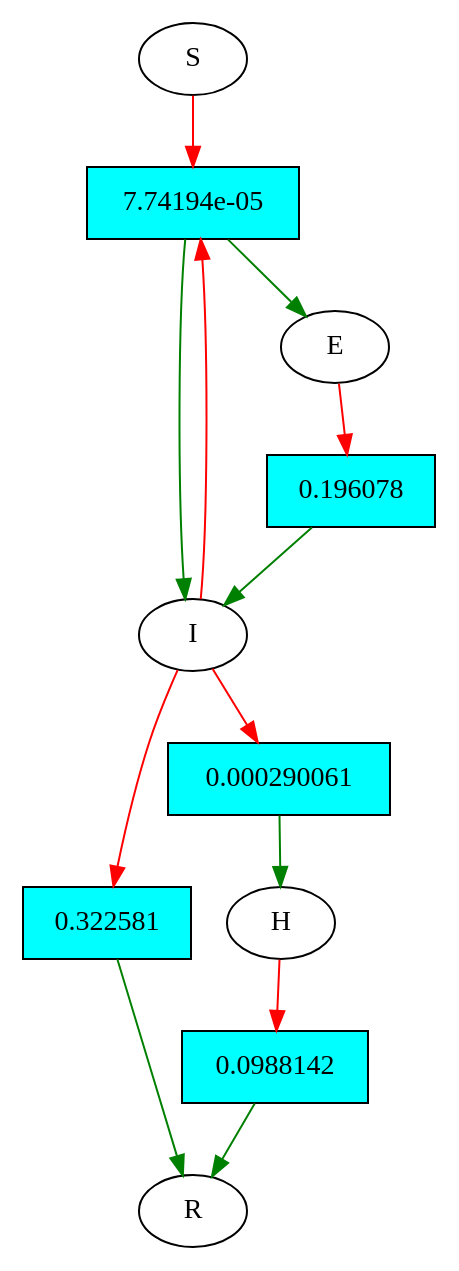
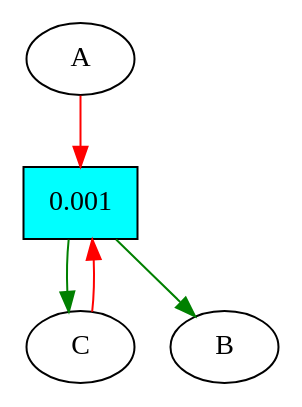
The diagram in cmake-build-debug/reaction_graph.dot (MrHonket/SP-2023), drawn with Graphviz before and after one commit. The commit also changed 8 other files, not shown here.

```diff
--- a/cmake-build-debug/reaction_graph.dot
+++ b/cmake-build-debug/reaction_graph.dot
@@ -1,19 +1,7 @@
 digraph Reaction {
-    R0 [label="7.74194e-05", shape=box,style=filled,fillcolor=cyan];
-    R1 [label="0.196078", shape=box,style=filled,fillcolor=cyan];
-    R2 [label="0.322581", shape=box,style=filled,fillcolor=cyan];
-    R3 [label="0.000290061", shape=box,style=filled,fillcolor=cyan];
-    R4 [label="0.0988142", shape=box,style=filled,fillcolor=cyan];
-    S -> R0 [color=red];
-    I -> R0 [color=red];
-    R0 -> E [color=green];
-    R0 -> I [color=green];
-    E -> R1 [color=red];
-    R1 -> I [color=green];
-    I -> R2 [color=red];
-    R2 -> R [color=green];
-    I -> R3 [color=red];
-    R3 -> H [color=green];
-    H -> R4 [color=red];
-    R4 -> R [color=green];
+    R0 [label="0.001", shape=box,style=filled,fillcolor=cyan];
+    A -> R0 [color=red];
+    C -> R0 [color=red];
+    R0 -> B [color=green];
+    R0 -> C [color=green];
 }
```
